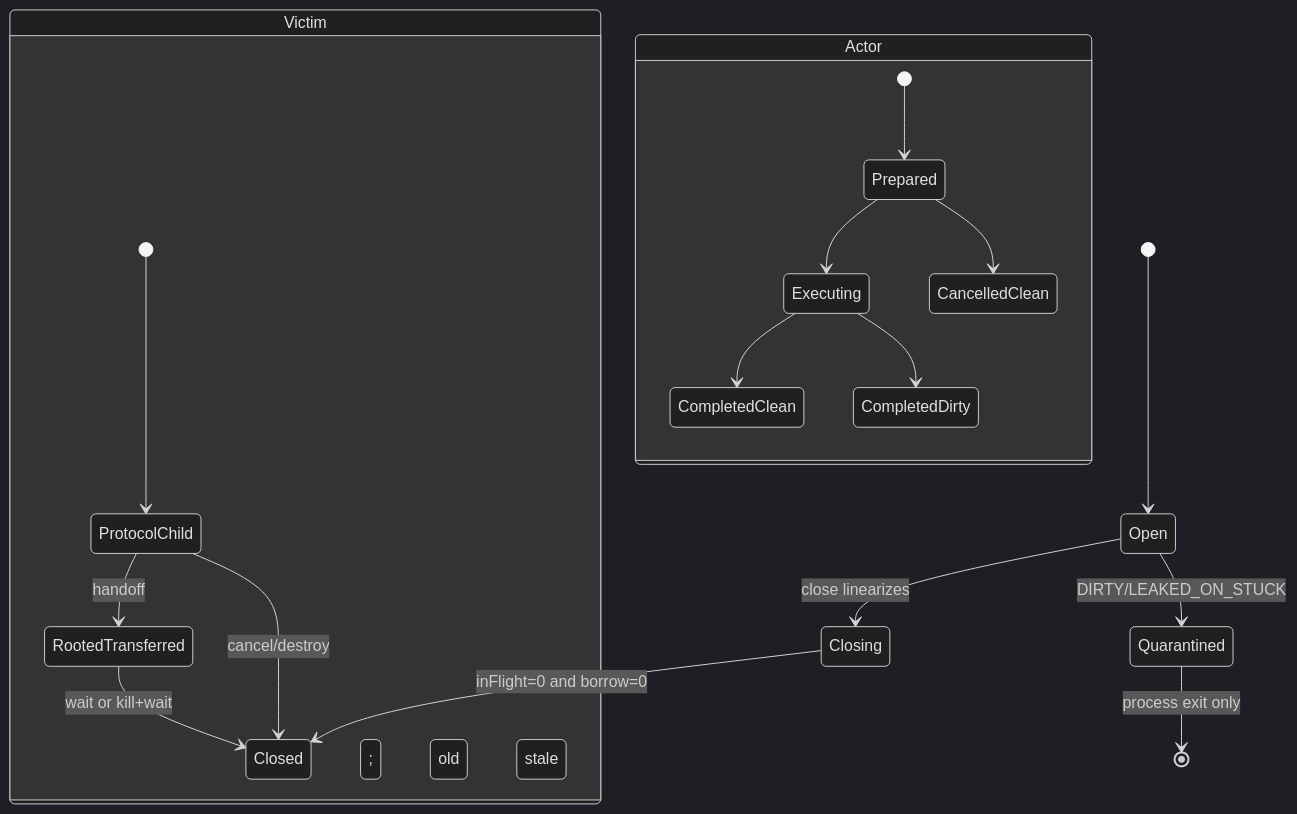
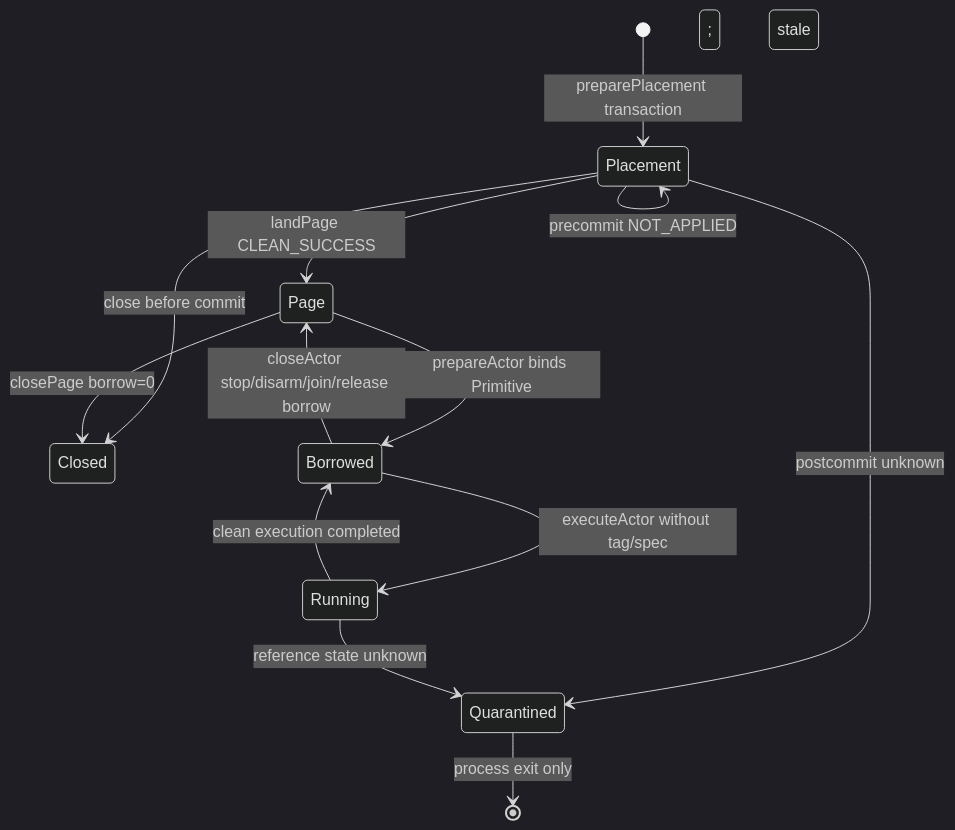
Diagram 22 of 24 in docs/development/full-process-uml.md (YuKongA/ghostlock-app), drawn with Mermaid (dark theme) before and after one commit. The commit also changed other lines of this file and 140 other files, not shown here.

````diff
--- a/docs/development/full-process-uml.md
+++ b/docs/development/full-process-uml.md
@@ -745,22 +747,16 @@
 ```mermaid
 stateDiagram-v2
-  [*] --> Open
-  Open --> Closing: close linearizes
-  Closing --> Closed: inFlight=0 and borrow=0
-  Open --> Quarantined: DIRTY/LEAKED_ON_STUCK
+  [*] --> Placement: preparePlacement transaction
+  Placement --> Page: landPage CLEAN_SUCCESS; Placement stale
+  Placement --> Placement: precommit NOT_APPLIED
+  Placement --> Closed: close before commit
+  Placement --> Quarantined: postcommit unknown
+
+  Page --> Borrowed: prepareActor binds Primitive
+  Borrowed --> Running: executeActor without tag/spec
+  Running --> Borrowed: clean execution completed
+  Borrowed --> Page: closeActor stop/disarm/join/release borrow
+  Page --> Closed: closePage borrow=0
+  Running --> Quarantined: reference state unknown
   Quarantined --> [*]: process exit only
-
-  state Actor {
-    [*] --> Prepared
-    Prepared --> Executing
-    Prepared --> CancelledClean
-    Executing --> CompletedClean
-    Executing --> CompletedDirty
-  }
-  state Victim {
-    [*] --> ProtocolChild
-    ProtocolChild --> Closed: cancel/destroy
-    ProtocolChild --> RootedTransferred: handoff; old stale
-    RootedTransferred --> Closed: wait or kill+wait
-  }
 ```
````
